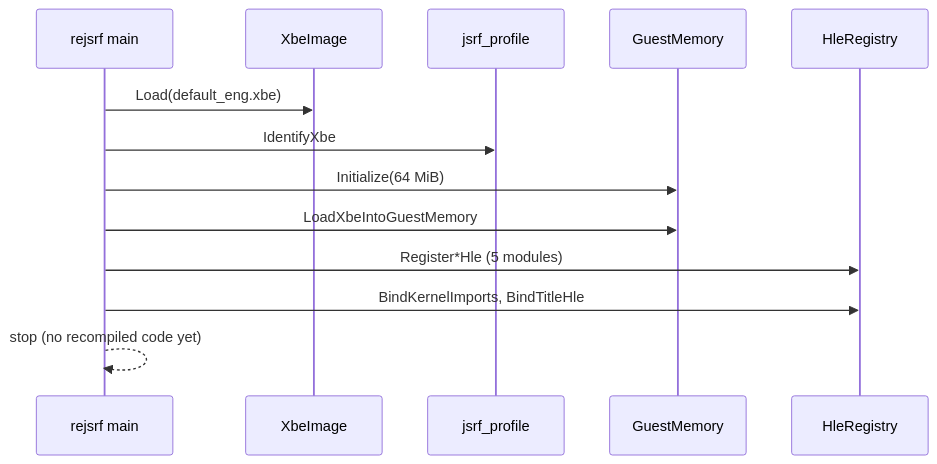
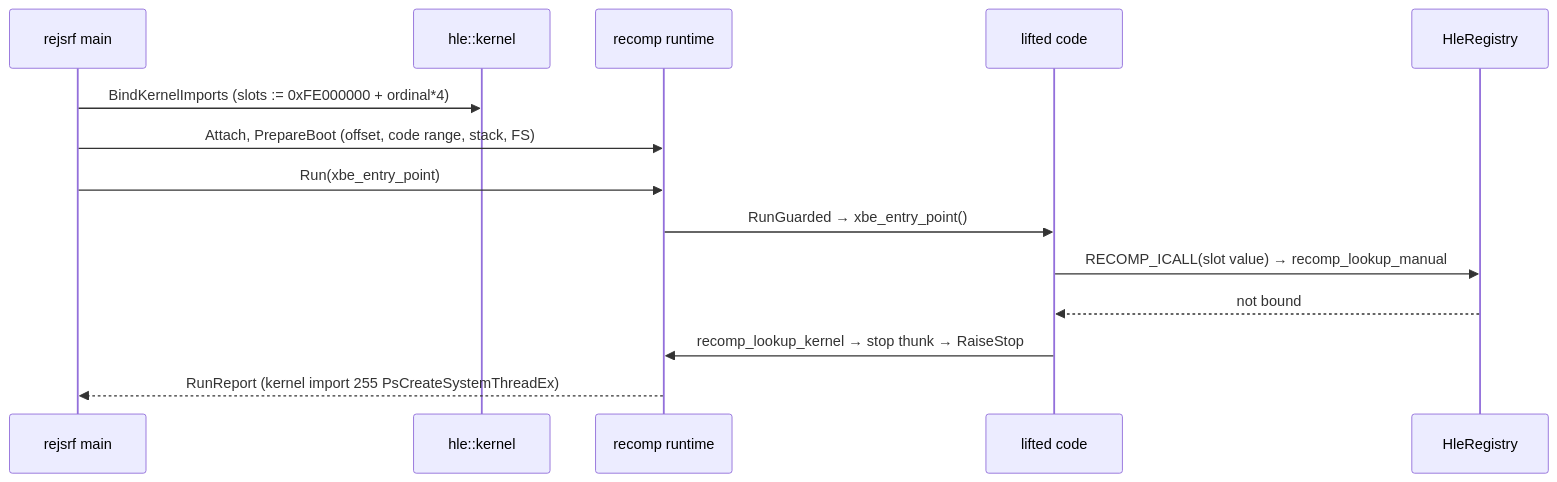
Before and after one commit to nworkers/reJSRF: the third of 3 diagrams in ARCHITECTURE.md, drawn with Mermaid. The commit also changed other lines of this file and 33 other files, not shown here.

First line of the commit message:
Connect the recompilation pipeline; boot to the first kernel call (#2)

````diff
--- a/ARCHITECTURE.md
+++ b/ARCHITECTURE.md
@@ -53,15 +66,16 @@
 ```mermaid
 sequenceDiagram
     participant App as rejsrf main
-    participant Xbe as XbeImage
-    participant Prof as jsrf_profile
-    participant Mem as GuestMemory
+    participant K as hle::kernel
+    participant R as recomp runtime
+    participant G as lifted code
     participant Reg as HleRegistry
-    App->>Xbe: Load(default_eng.xbe)
-    App->>Prof: IdentifyXbe
-    App->>Mem: Initialize(64 MiB)
-    App->>Mem: LoadXbeIntoGuestMemory
-    App->>Reg: Register*Hle (5 modules)
-    App->>Reg: BindKernelImports, BindTitleHle
-    App-->>App: stop (no recompiled code yet)
+    App->>K: BindKernelImports (slots := 0xFE000000 + ordinal*4)
+    App->>R: Attach, PrepareBoot (offset, code range, stack, FS)
+    App->>R: Run(xbe_entry_point)
+    R->>G: RunGuarded → xbe_entry_point()
+    G->>Reg: RECOMP_ICALL(slot value) → recomp_lookup_manual
+    Reg-->>G: not bound
+    G->>R: recomp_lookup_kernel → stop thunk → RaiseStop
+    R-->>App: RunReport (kernel import 255 PsCreateSystemThreadEx)
 ```
````
